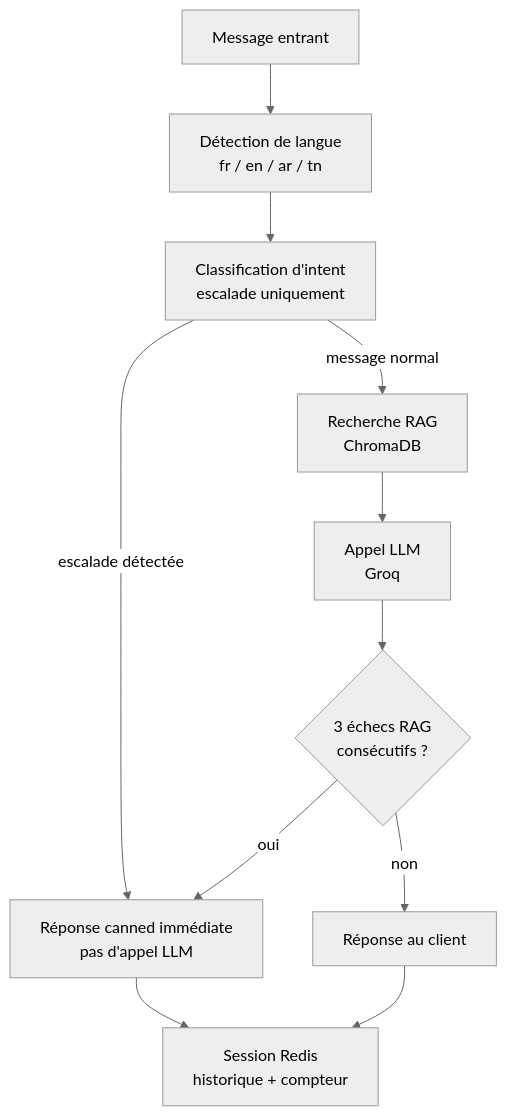
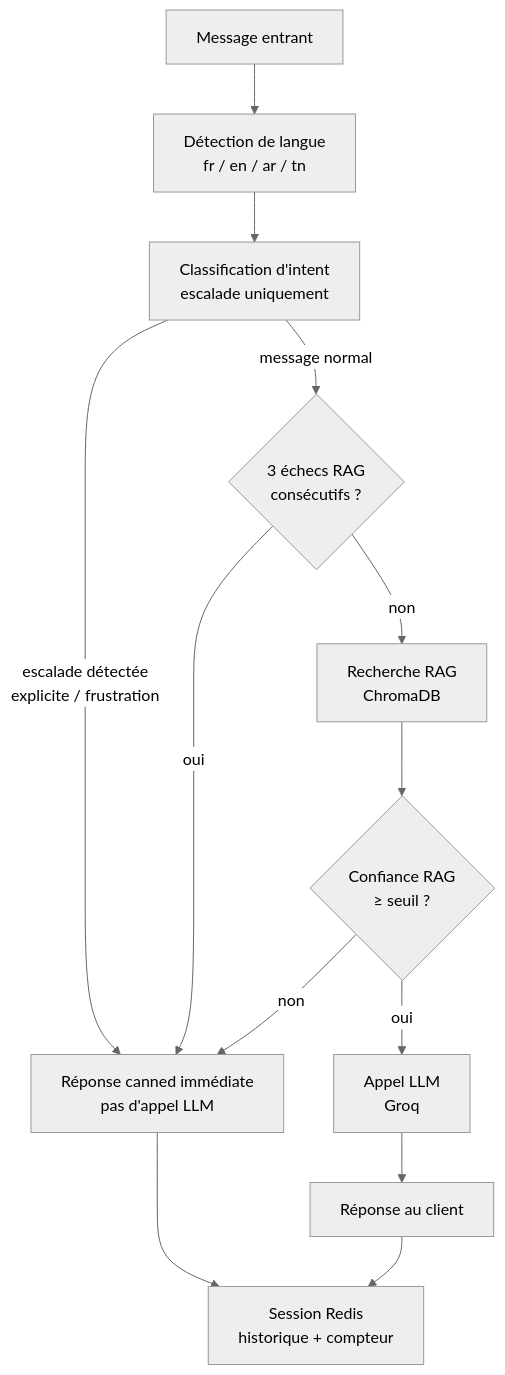
The diagram in README.md (ramifourati922-ux/chatbot-ai), drawn with Mermaid (neutral theme) before and after one commit. The commit also changed other lines of this file, not shown here.

First line of the commit message:
docs: mise a jour du README (4e type d'escalade, confiance RAG)

````diff
--- a/README.md
+++ b/README.md
@@ -15,13 +15,15 @@
 ```mermaid
 flowchart TD
     A[Message entrant] --> B[Détection de langue<br/>fr / en / ar / tn]
     B --> C[Classification d'intent<br/>escalade uniquement]
-    C -->|escalade détectée| D[Réponse canned immédiate<br/>pas d'appel LLM]
-    C -->|message normal| E[Recherche RAG<br/>ChromaDB]
-    E --> F[Appel LLM<br/>Groq]
-    F --> G{3 échecs RAG<br/>consécutifs ?}
-    G -->|oui| D
-    G -->|non| H[Réponse au client]
+    C -->|escalade détectée<br/>explicite / frustration| D[Réponse canned immédiate<br/>pas d'appel LLM]
+    C -->|message normal| L{3 échecs RAG<br/>consécutifs ?}
+    L -->|oui| D
+    L -->|non| E[Recherche RAG<br/>ChromaDB]
+    E --> M{Confiance RAG<br/>≥ seuil ?}
+    M -->|non| D
+    M -->|oui| F[Appel LLM<br/>Groq]
+    F --> H[Réponse au client]
     D --> I[Session Redis<br/>historique + compteur]
     H --> I
 ```
````
